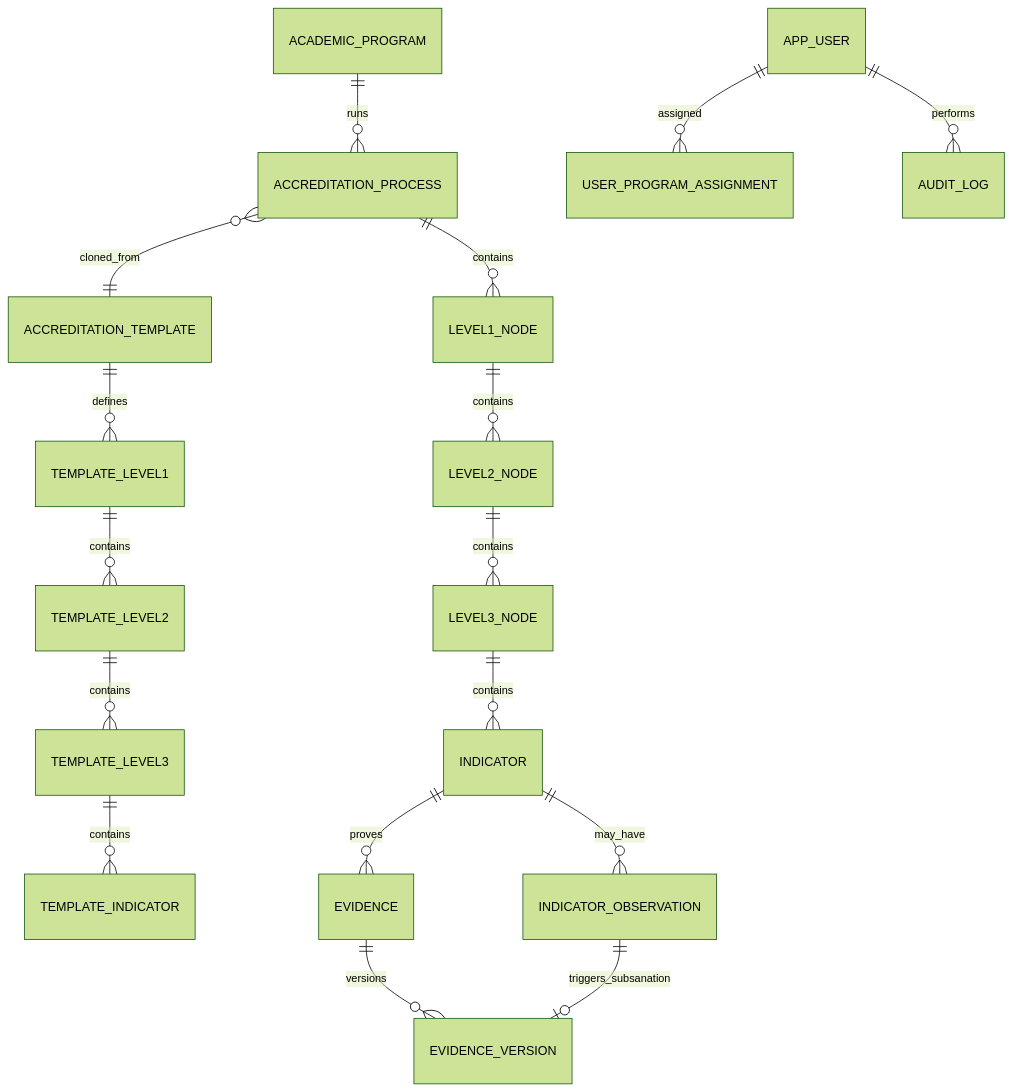
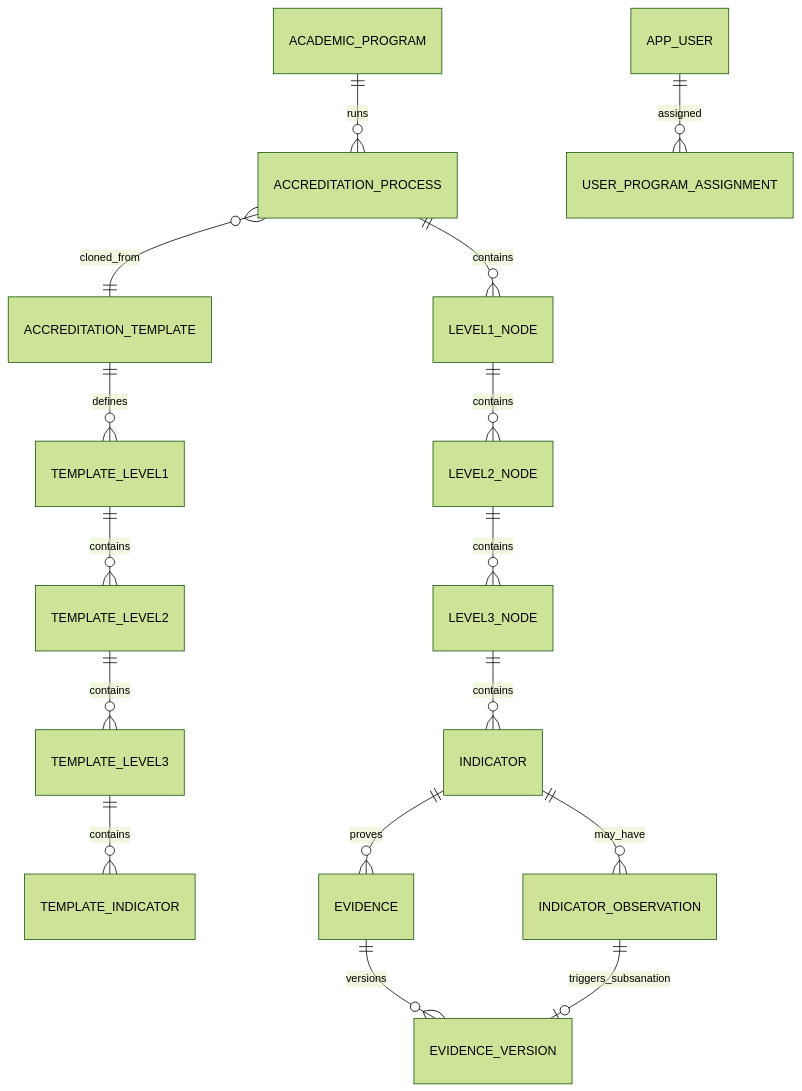
Before and after one commit to AcredIA-UMSS/sigesa-acreditacion-umss: the diagram in docs/product/modelo_datos.md, drawn with Mermaid (forest theme). The commit also changed other lines of this file and 103 other files, not shown here.

````diff
--- a/docs/product/modelo_datos.md
+++ b/docs/product/modelo_datos.md
@@ -36,19 +42,18 @@
 ```mermaid
 erDiagram
   ACADEMIC_PROGRAM ||--o{ ACCREDITATION_PROCESS : runs
   ACCREDITATION_TEMPLATE ||--o{ TEMPLATE_LEVEL1 : defines
   TEMPLATE_LEVEL1 ||--o{ TEMPLATE_LEVEL2 : contains
   TEMPLATE_LEVEL2 ||--o{ TEMPLATE_LEVEL3 : contains
   TEMPLATE_LEVEL3 ||--o{ TEMPLATE_INDICATOR : contains
   ACCREDITATION_PROCESS ||--o{ LEVEL1_NODE : contains
   LEVEL1_NODE ||--o{ LEVEL2_NODE : contains
   LEVEL2_NODE ||--o{ LEVEL3_NODE : contains
   LEVEL3_NODE ||--o{ INDICATOR : contains
   INDICATOR ||--o{ EVIDENCE : proves
   INDICATOR ||--o{ INDICATOR_OBSERVATION : may_have
   EVIDENCE ||--o{ EVIDENCE_VERSION : versions
   INDICATOR_OBSERVATION ||--o| EVIDENCE_VERSION : triggers_subsanation
   APP_USER ||--o{ USER_PROGRAM_ASSIGNMENT : assigned
-  APP_USER ||--o{ AUDIT_LOG : performs
   ACCREDITATION_PROCESS }o--|| ACCREDITATION_TEMPLATE : cloned_from
 ```
````
